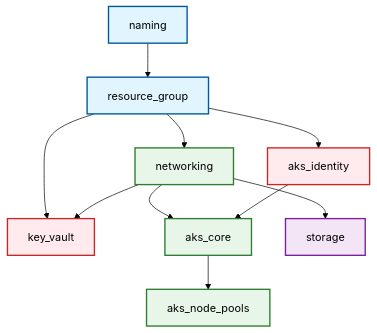
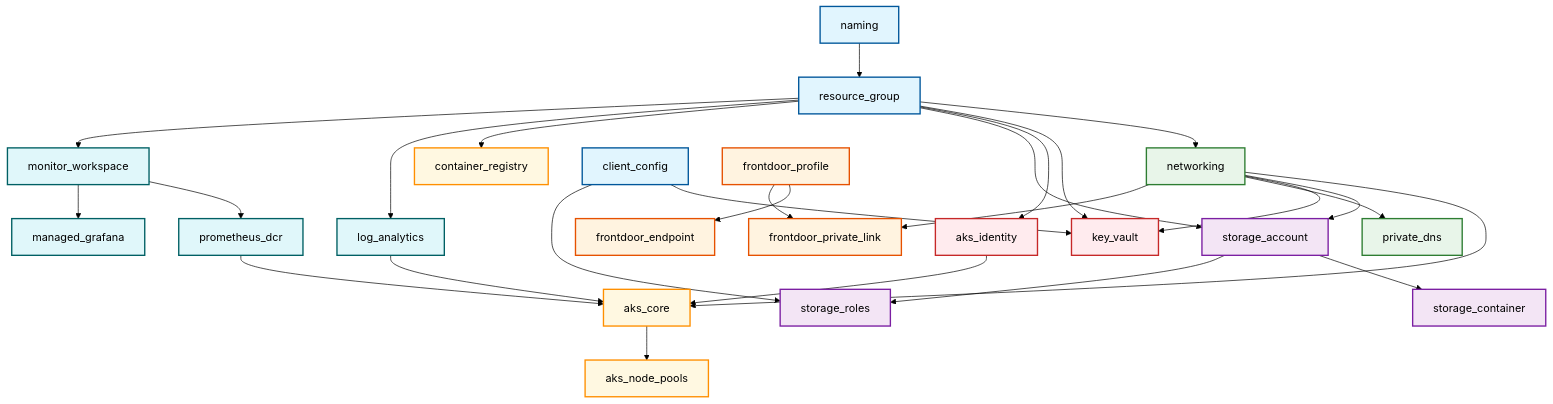
One commit to asanexample/platform changed the fifth of 5 diagrams in infra/docs/03-infrastructure-as-code.md. Above: the diagram before and after it, drawn with Mermaid (forest theme). The commit also changed other lines of this file, not shown here.

First line of the commit message:
docs: update Infrastructure as Code documentation with current architecture

````diff
--- a/infra/docs/03-infrastructure-as-code.md
+++ b/infra/docs/03-infrastructure-as-code.md
@@ -191,24 +248,53 @@
 ```mermaid
 graph TD
     naming[naming] --> resource_group[resource_group]
     resource_group --> networking[networking]
     resource_group --> key_vault[key_vault]
     resource_group --> aks_identity[aks_identity]
+    resource_group --> storage_account[storage_account]
+    resource_group --> container_registry[container_registry]
+    resource_group --> log_analytics[log_analytics]
+    resource_group --> monitor_workspace[monitor_workspace]
+    
     networking --> aks_core[aks_core]
-    networking --> storage[storage]
+    networking --> storage_account
     networking --> key_vault
+    networking --> private_dns[private_dns]
+    networking --> frontdoor_private_link[frontdoor_private_link]
+    
     aks_identity --> aks_core
     aks_core --> aks_node_pools[aks_node_pools]
+    
+    client_config[client_config] --> key_vault
+    client_config --> storage_roles[storage_roles]
+    
+    storage_account --> storage_container[storage_container]
+    storage_account --> storage_roles
+    
+    monitor_workspace --> prometheus_dcr[prometheus_dcr]
+    monitor_workspace --> managed_grafana[managed_grafana]
+    
+    log_analytics --> aks_core
+    
+    prometheus_dcr --> aks_core
+    
+    frontdoor_profile[frontdoor_profile] --> frontdoor_endpoint[frontdoor_endpoint]
+    frontdoor_profile --> frontdoor_private_link
     
     classDef default fill:#f9f9f9,stroke:#333,stroke-width:1px;
     classDef base fill:#e1f5fe,stroke:#01579b,stroke-width:2px;
     classDef network fill:#e8f5e9,stroke:#2e7d32,stroke-width:2px;
     classDef compute fill:#fff8e1,stroke:#ff8f00,stroke-width:2px;
     classDef storage fill:#f3e5f5,stroke:#7b1fa2,stroke-width:2px;
     classDef security fill:#ffebee,stroke:#c62828,stroke-width:2px;
+    classDef monitoring fill:#e0f7fa,stroke:#006064,stroke-width:2px;
+    classDef cdn fill:#fff3e0,stroke:#e65100,stroke-width:2px;
     
-    class naming,resource_group base;
-    class networking,aks_core,aks_node_pools network;
-    class storage storage;
+    class naming,resource_group,client_config base;
+    class networking,private_dns network;
+    class aks_core,aks_node_pools,container_registry compute;
+    class storage_account,storage_container,storage_roles storage;
     class key_vault,aks_identity security;
+    class log_analytics,monitor_workspace,prometheus_dcr,managed_grafana monitoring;
+    class frontdoor_profile,frontdoor_endpoint,frontdoor_private_link cdn;
 ```
````
